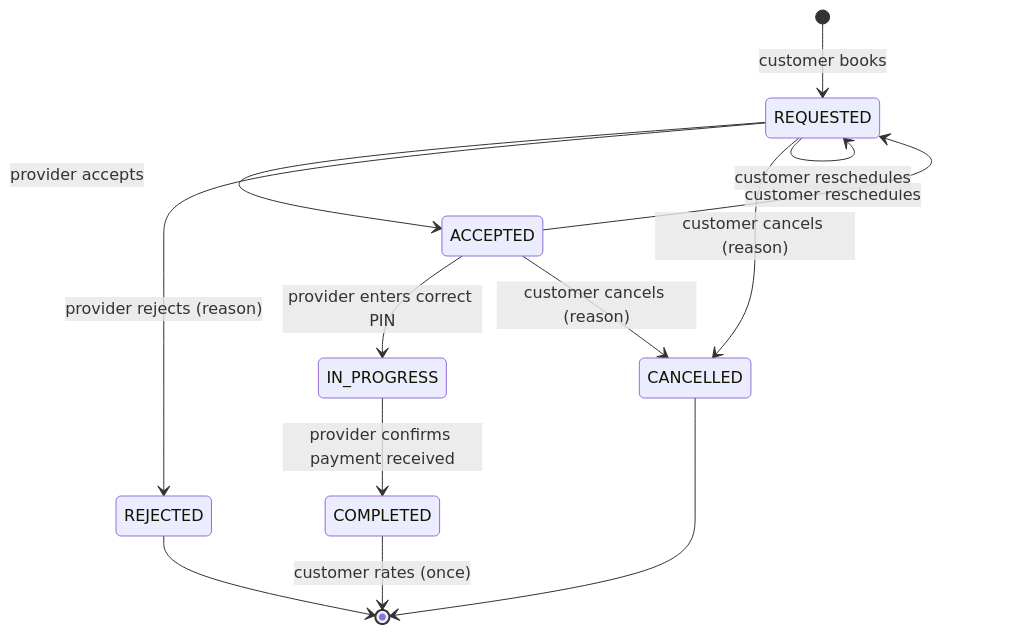
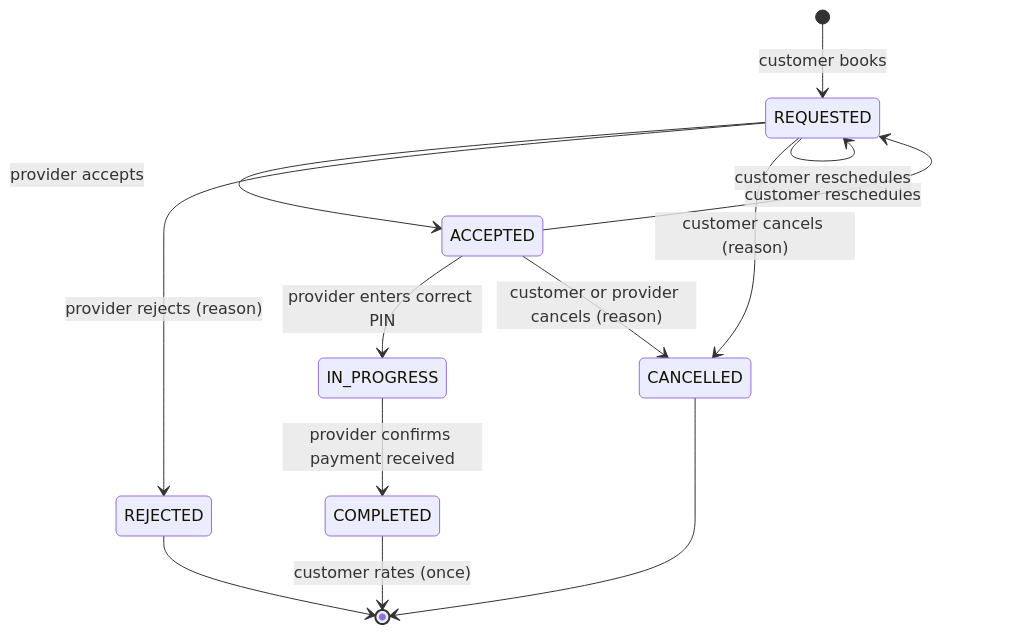
The fourth of 5 diagrams in docs/REPORT_KIT.md (janvi0802/ServiceHub), drawn with Mermaid before and after one commit. The commit also changed other lines of this file and 17 other files, not shown here.

````diff
--- a/docs/REPORT_KIT.md
+++ b/docs/REPORT_KIT.md
@@ -168,15 +168,15 @@
 ```mermaid
 stateDiagram-v2
     [*] --> REQUESTED : customer books
     REQUESTED --> ACCEPTED : provider accepts
     REQUESTED --> REJECTED : provider rejects (reason)
     REQUESTED --> CANCELLED : customer cancels (reason)
     ACCEPTED --> IN_PROGRESS : provider enters correct PIN
-    ACCEPTED --> CANCELLED : customer cancels (reason)
+    ACCEPTED --> CANCELLED : customer or provider cancels (reason)
     ACCEPTED --> REQUESTED : customer reschedules
     REQUESTED --> REQUESTED : customer reschedules
     IN_PROGRESS --> COMPLETED : provider confirms payment received
     COMPLETED --> [*] : customer rates (once)
     REJECTED --> [*]
     CANCELLED --> [*]
 ```
````
